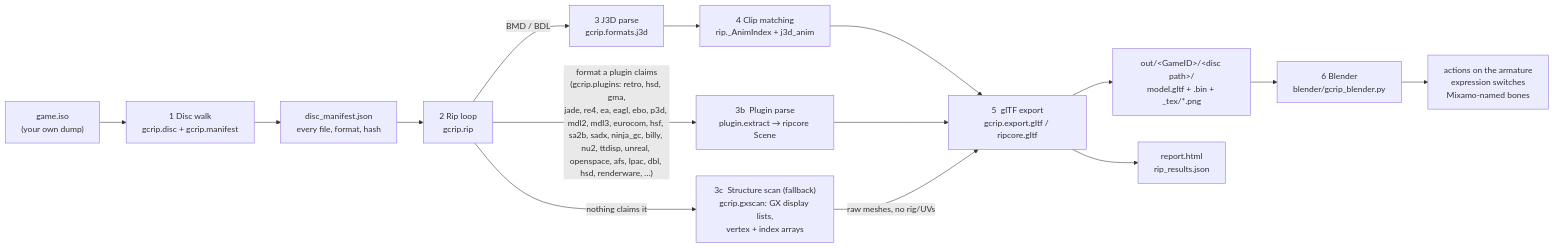
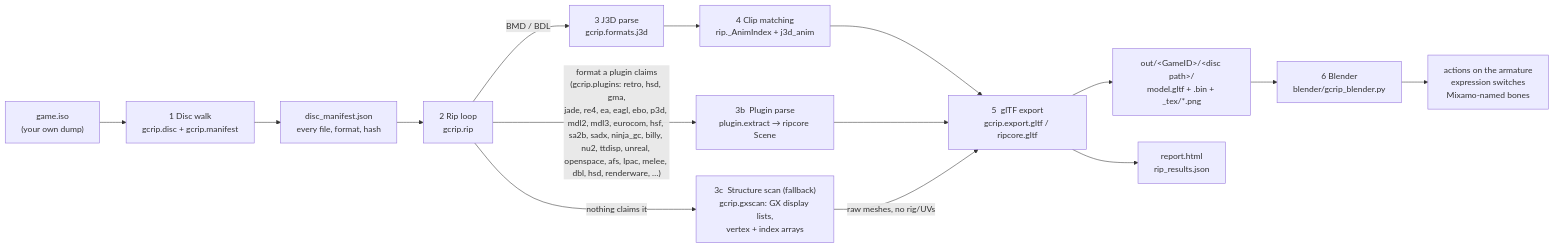
The first of 9 diagrams in docs/PIPELINE.md (Felbs/3d-ripper-9000), drawn with Mermaid before and after one commit. The commit also changed other lines of this file and 2 other files, not shown here.

Commit message:
docs: Mutant Melee in the ledger, engine map and Konami note
Claude-Session: https://claude.ai/code/session_01Nn5dgr3XQbsu13Q42GiaU3

````diff
--- a/docs/PIPELINE.md
+++ b/docs/PIPELINE.md
@@ -11,17 +11,17 @@
 ```mermaid
 flowchart LR
     ISO["game.iso<br/>(your own dump)"] --> WALK["1  Disc walk<br/>gcrip.disc + gcrip.manifest"]
     WALK --> MAN["disc_manifest.json<br/>every file, format, hash"]
     MAN --> RIP["2  Rip loop<br/>gcrip.rip"]
     RIP -->|"BMD / BDL"| J3D["3  J3D parse<br/>gcrip.formats.j3d"]
-    RIP -->|"format a plugin claims<br/>(gcrip.plugins: retro, hsd, gma,<br/>jade, re4, ea, eagl, ebo, p3d, mdl2, mdl3, eurocom, hsf, sa2b, sadx, ninja_gc, billy, nu2, ttdisp, unreal, openspace, afs, lpac, dbl, hsd, renderware, …)"| PLUG["3b  Plugin parse<br/>plugin.extract → ripcore Scene"]
+    RIP -->|"format a plugin claims<br/>(gcrip.plugins: retro, hsd, gma,<br/>jade, re4, ea, eagl, ebo, p3d, mdl2, mdl3, eurocom, hsf, sa2b, sadx, ninja_gc, billy, nu2, ttdisp, unreal, openspace, afs, lpac, melee, dbl, hsd, renderware, …)"| PLUG["3b  Plugin parse<br/>plugin.extract → ripcore Scene"]
     RIP -->|"nothing claims it"| GX["3c  Structure scan (fallback)<br/>gcrip.gxscan: GX display lists,<br/>vertex + index arrays"]
     J3D --> ANIM["4  Clip matching<br/>rip._AnimIndex + j3d_anim"]
     ANIM --> GLTF["5  glTF export<br/>gcrip.export.gltf / ripcore.gltf"]
     PLUG --> GLTF
     GX -->|"raw meshes, no rig/UVs"| GLTF
     GLTF --> OUT["out/&lt;GameID&gt;/&lt;disc path&gt;/<br/>model.gltf + .bin + _tex/*.png"]
     GLTF --> REP["report.html<br/>rip_results.json"]
     OUT --> BL["6  Blender<br/>blender/gcrip_blender.py"]
     BL --> PLAY["actions on the armature<br/>expression switches<br/>Mixamo-named bones"]
 ```
````
